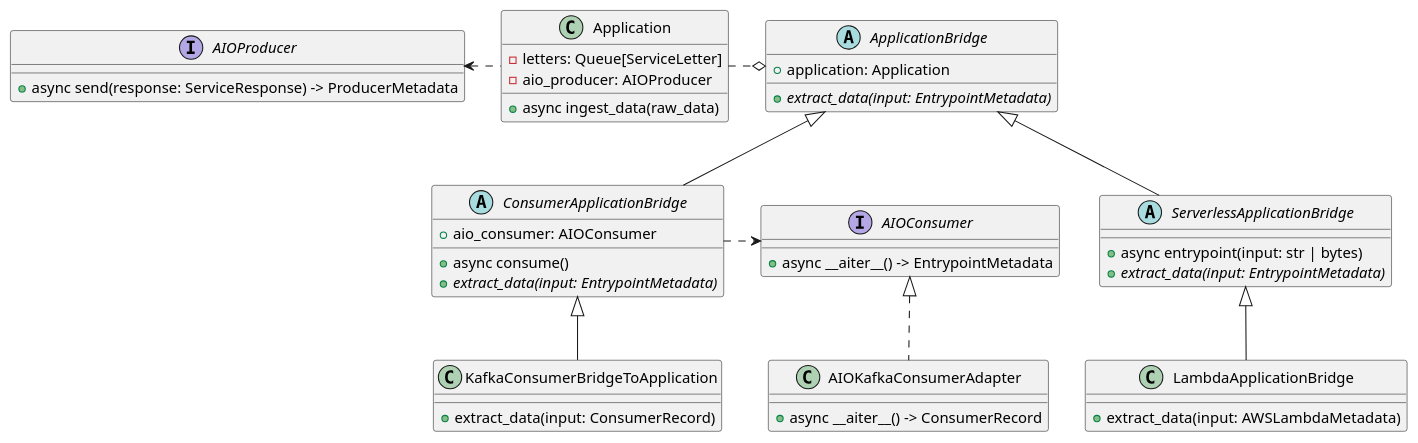
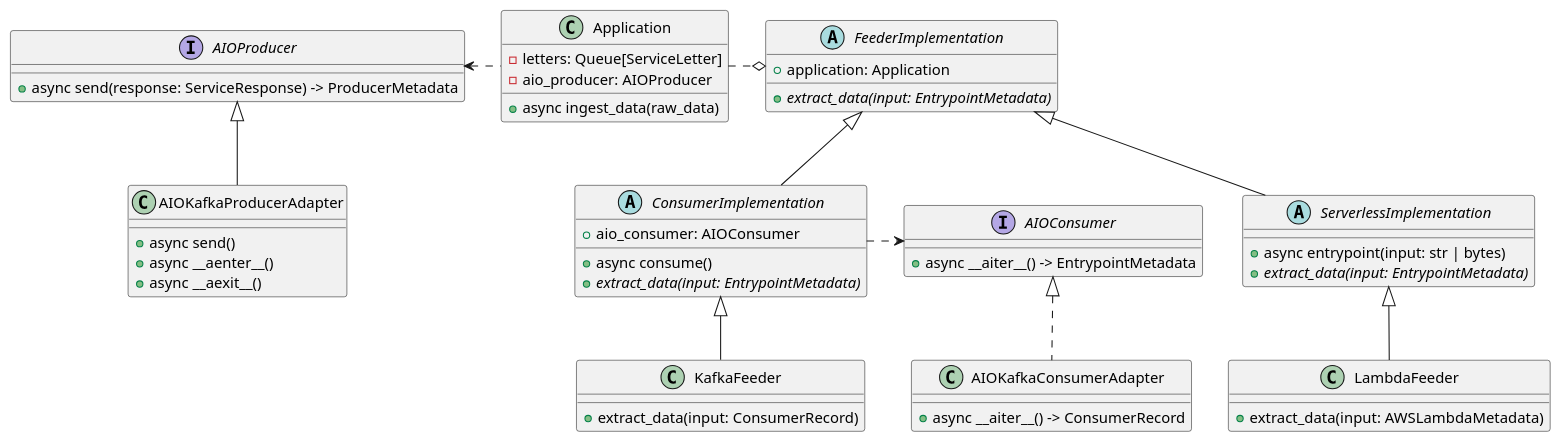
One commit to santunioni/Transformer changed the diagram in docs/messaging.puml. Above: the diagram before and after it, drawn with PlantUML. The commit also changed 17 other files, not shown here.

```diff
--- a/docs/messaging.puml
+++ b/docs/messaging.puml
@@ -1,53 +1,62 @@
 @startuml
 'https://plantuml.com/class-diagram
+
 skinparam groupInheritance 3
 
 interface AIOProducer {
     + async send(response: ServiceResponse) -> ProducerMetadata
 }
 interface AIOConsumer {
     + async __aiter__() -> EntrypointMetadata
 }
 class AIOKafkaConsumerAdapter {
     + async __aiter__() -> ConsumerRecord
 }
 AIOKafkaConsumerAdapter .u.|> AIOConsumer
 
-abstract class ApplicationBridge {
+abstract class FeederImplementation {
     + application: Application
     + {abstract} extract_data(input: EntrypointMetadata)
 }
-ApplicationBridge o.l. Application
+FeederImplementation o.l. Application
 
-abstract class ServerlessApplicationBridge {
+abstract class ServerlessImplementation {
     + async entrypoint(input: str | bytes)
     + {abstract} extract_data(input: EntrypointMetadata)
 }
-ServerlessApplicationBridge -u-|> ApplicationBridge
+ServerlessImplementation -u-|> FeederImplementation
 
-class LambdaApplicationBridge {
+class LambdaFeeder {
     + extract_data(input: AWSLambdaMetadata)
 }
-LambdaApplicationBridge -u-|> ServerlessApplicationBridge
+LambdaFeeder -u-|> ServerlessImplementation
 
 
-abstract class ConsumerApplicationBridge {
+abstract class ConsumerImplementation {
     + aio_consumer: AIOConsumer
     + async consume()
     + {abstract} extract_data(input: EntrypointMetadata)
 }
-ConsumerApplicationBridge -u-|> ApplicationBridge
-AIOConsumer <.l. ConsumerApplicationBridge
+ConsumerImplementation -u-|> FeederImplementation
+AIOConsumer <.l. ConsumerImplementation
 
-class KafkaConsumerBridgeToApplication {
+class KafkaFeeder {
     + extract_data(input: ConsumerRecord)
 }
-KafkaConsumerBridgeToApplication -u-|> ConsumerApplicationBridge
+KafkaFeeder -u-|> ConsumerImplementation
 
 class Application {
     - letters: Queue[ServiceLetter]
     - aio_producer: AIOProducer
     + async ingest_data(raw_data)
 }
 Application .l.> AIOProducer
+
+class AIOKafkaProducerAdapter {
+    + async send()
+    + async __aenter__()
+    + async __aexit__()
+}
+
+AIOKafkaProducerAdapter -u-|> AIOProducer
 @enduml
```
